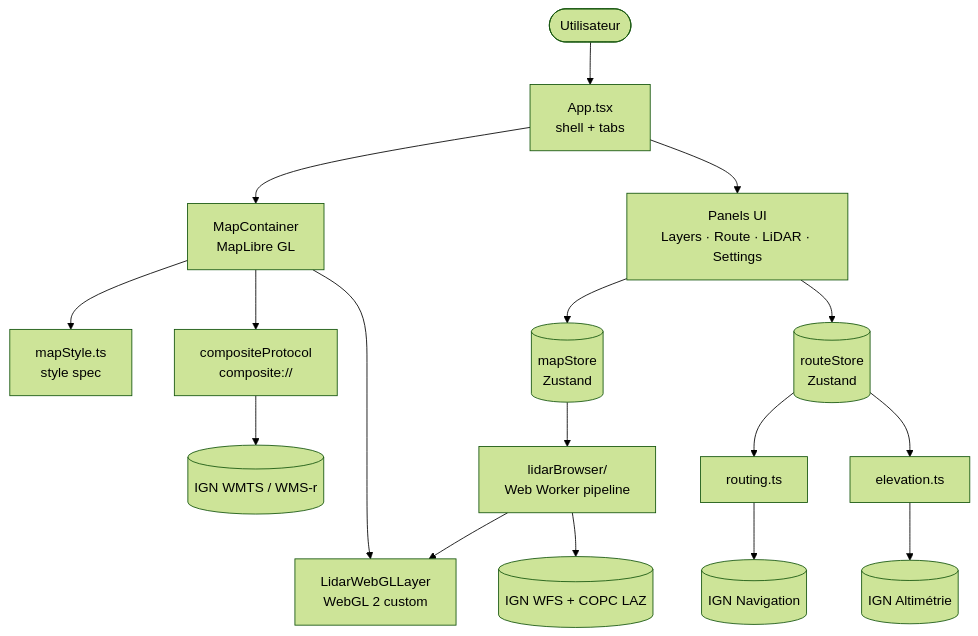
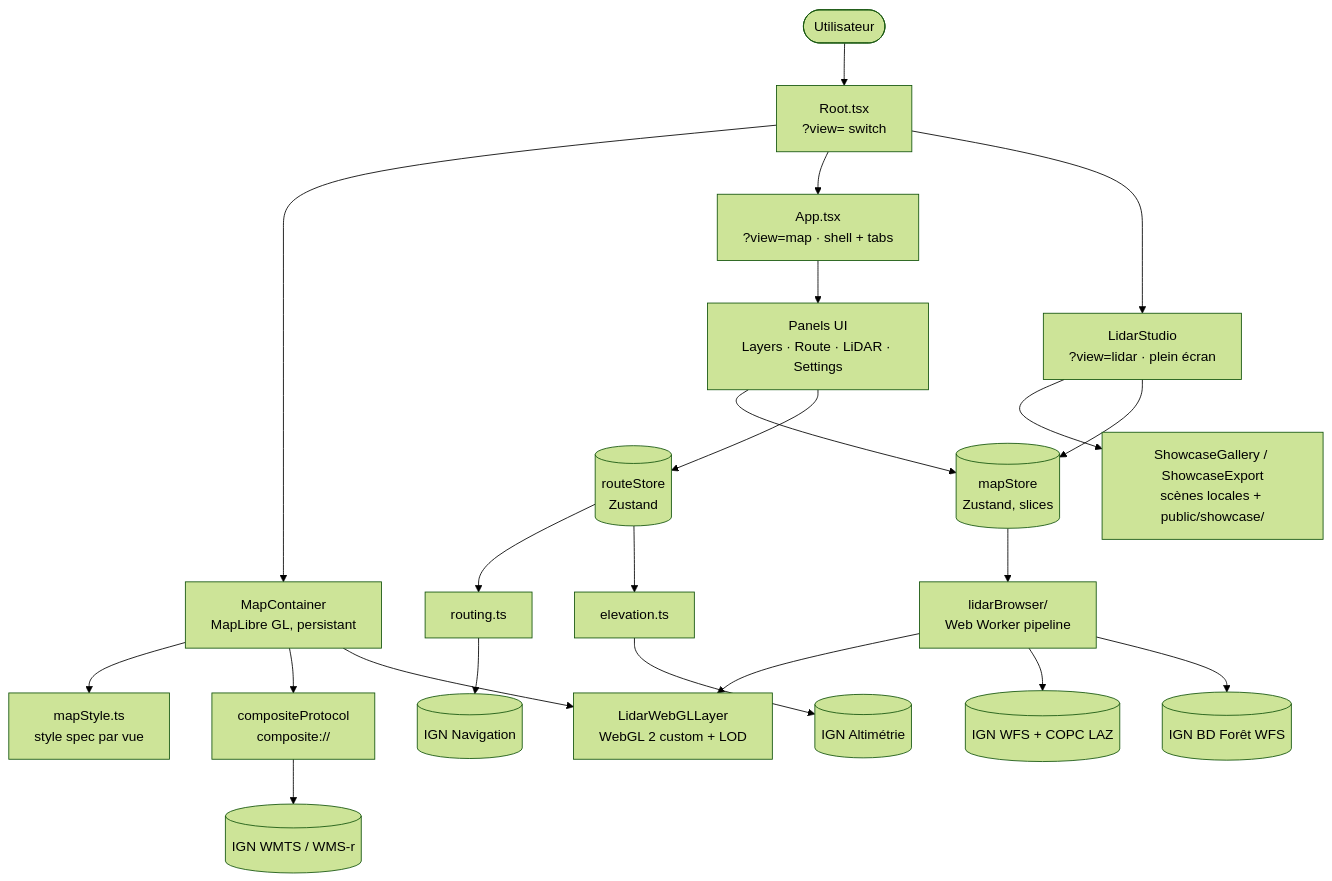
Before and after one commit to Plonk42/open-cairn: the diagram in README.md, drawn with Mermaid (forest theme). The commit also changed other lines of this file and 1 other file, not shown here.

````diff
--- a/README.md
+++ b/README.md
@@ -74,24 +92,30 @@
 ```mermaid
 flowchart TB
-    User([Utilisateur]) --> App[App.tsx<br/>shell + tabs]
-    App --> MapC[MapContainer<br/>MapLibre GL]
+    User([Utilisateur]) --> Root[Root.tsx<br/>?view= switch]
+    Root --> MapC[MapContainer<br/>MapLibre GL, persistant]
+    Root --> App[App.tsx<br/>?view=map · shell + tabs]
+    Root --> Studio[LidarStudio<br/>?view=lidar · plein écran]
+
     App --> Panels[Panels UI<br/>Layers · Route · LiDAR · Settings]
+    Studio --> Gallery[ShowcaseGallery / ShowcaseExport<br/>scènes locales + public/showcase/]
 
-    MapC --> Style[mapStyle.ts<br/>style spec]
+    MapC --> Style[mapStyle.ts<br/>style spec par vue]
     MapC --> Comp[compositeProtocol<br/>composite://]
-    MapC --> Custom[LidarWebGLLayer<br/>WebGL 2 custom]
+    MapC --> Custom[LidarWebGLLayer<br/>WebGL 2 custom + LOD]
 
-    Panels --> StoreM[(mapStore<br/>Zustand)]
+    Panels --> StoreM[(mapStore<br/>Zustand, slices)]
     Panels --> StoreR[(routeStore<br/>Zustand)]
+    Studio --> StoreM
 
     StoreM --> Lidar[lidarBrowser/<br/>Web Worker pipeline]
     Lidar --> Custom
 
     StoreR --> Routing[routing.ts]
     StoreR --> Elev[elevation.ts]
 
     Comp --> IGN1[(IGN WMTS / WMS-r)]
     Routing --> IGN2[(IGN Navigation)]
     Elev --> IGN3[(IGN Altimétrie)]
     Lidar --> IGN4[(IGN WFS + COPC LAZ)]
+    Lidar --> IGN5[(IGN BD Forêt WFS)]
 ```
````
